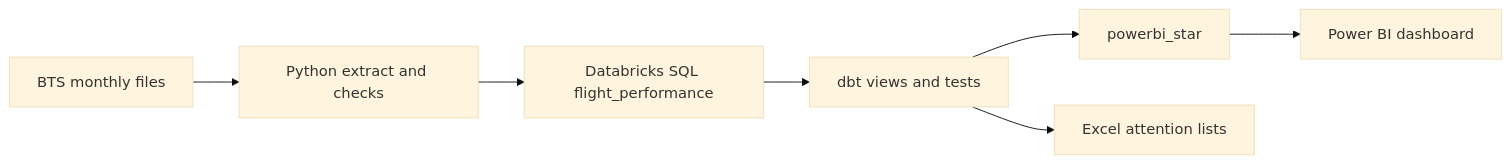
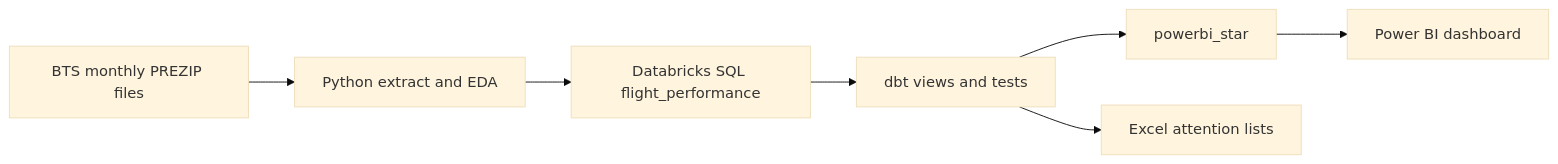
Before and after one commit to treyparkes0/JetBlue-Domestic-Operational-Disruption-and-Attention-Priorities: the diagram in README.md, drawn with Mermaid (base theme). The commit also changed other lines of this file, not shown here.

````diff
--- a/README.md
+++ b/README.md
@@ -103,13 +285,13 @@
 ```mermaid
 flowchart LR
-  bts[BTS monthly files]
-  py[Python extract and checks]
+  bts[BTS monthly PREZIP files]
+  py[Python extract and EDA]
   dbx[Databricks SQL flight_performance]
   dbt[dbt views and tests]
   star[powerbi_star]
   xl[Excel attention lists]
   pbi[Power BI dashboard]
   bts --> py --> dbx --> dbt
   dbt --> star --> pbi
   dbt --> xl
 ```
````
